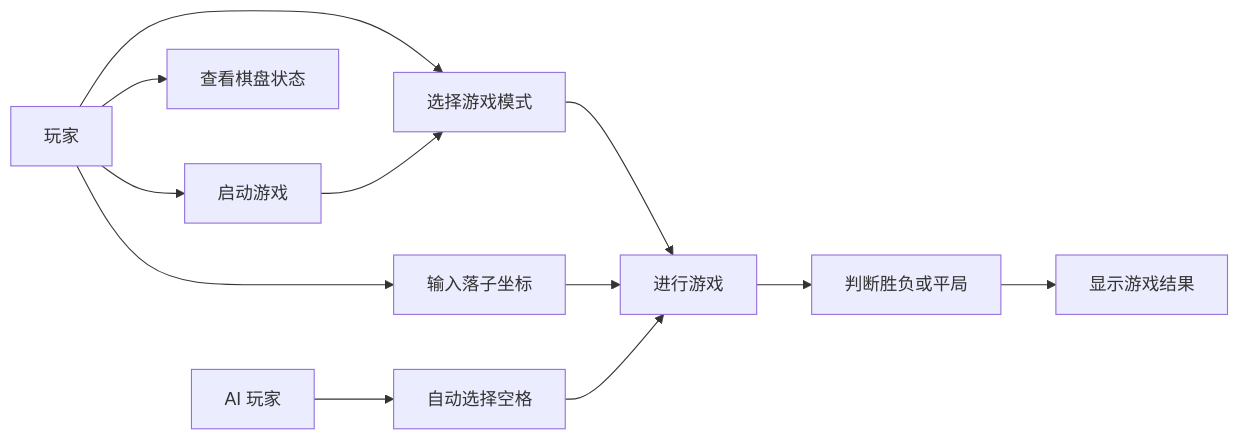
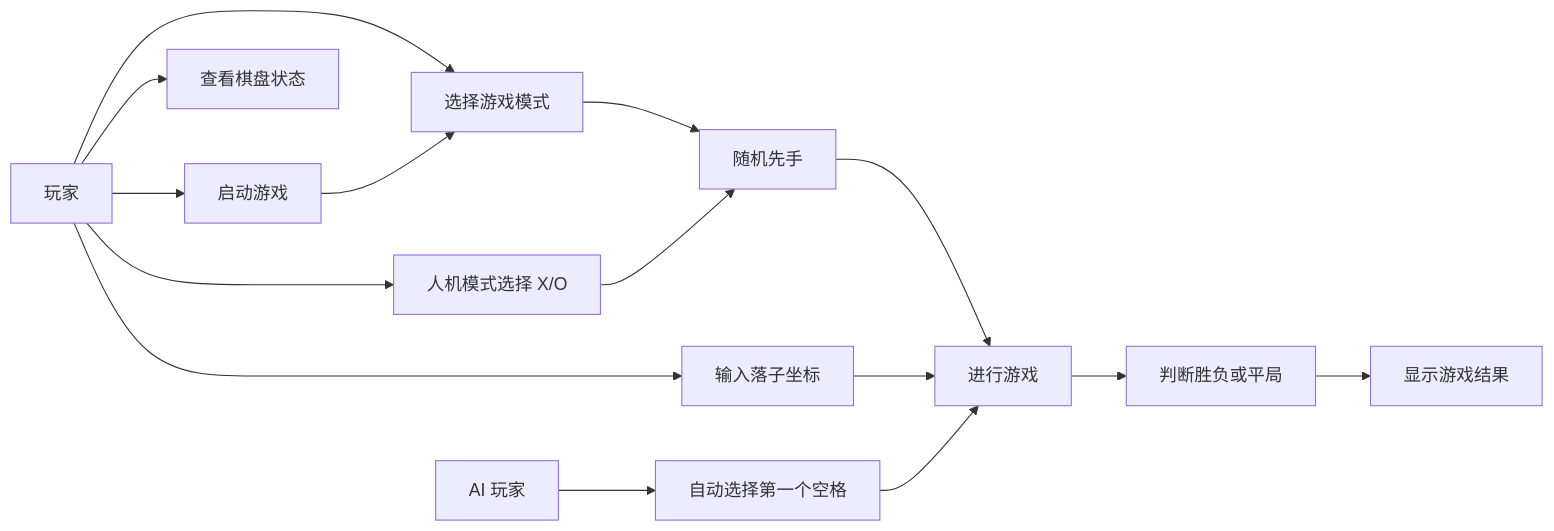
The first of 3 diagrams in 软件工程大作业报告.md (user-name123322/ProjectMorpion), drawn with Mermaid before and after one commit. The commit also changed other lines of this file, not shown here.

````diff
--- a/软件工程大作业报告.md
+++ b/软件工程大作业报告.md
@@ -35,14 +40,17 @@
 ```mermaid
 flowchart LR
     User["玩家"] --> Start["启动游戏"]
     User --> SelectMode["选择游戏模式"]
+    User --> SelectMark["人机模式选择 X/O"]
     User --> InputMove["输入落子坐标"]
     User --> ViewBoard["查看棋盘状态"]
     Start --> SelectMode
-    SelectMode --> PlayGame["进行游戏"]
+    SelectMode --> RandomFirst["随机先手"]
+    SelectMark --> RandomFirst
+    RandomFirst --> PlayGame["进行游戏"]
     InputMove --> PlayGame
     PlayGame --> Judge["判断胜负或平局"]
     Judge --> ShowResult["显示游戏结果"]
-    AI["AI 玩家"] --> AIMove["自动选择空格"]
+    AI["AI 玩家"] --> AIMove["自动选择第一个空格"]
     AIMove --> PlayGame
 ```
````
